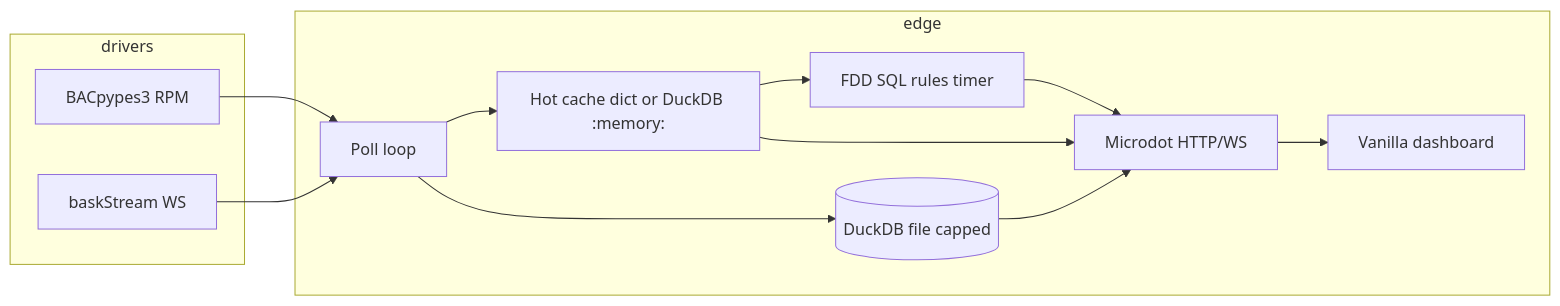
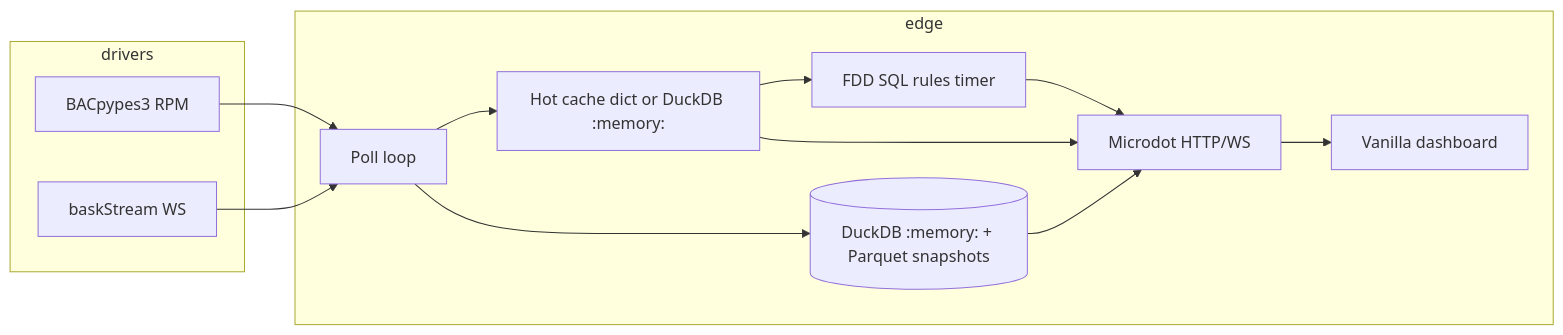
Before and after one commit to bbartling/bask-223p: the diagram in examples/edge-microdot/README.md, drawn with Mermaid. The commit also changed other lines of this file and 13 other files, not shown here.

First line of the commit message:
Switch edge-microdot DuckDB to in-memory with Parquet snapshots and /sql DuckDB-WASM.

````diff
--- a/examples/edge-microdot/README.md
+++ b/examples/edge-microdot/README.md
@@ -18,24 +18,24 @@
 ```mermaid
 flowchart LR
   subgraph drivers
     BACnet[BACpypes3 RPM]
     Niagara[baskStream WS]
   end
   subgraph edge
     Poll[Poll loop]
     Hot[Hot cache dict or DuckDB :memory:]
-    Hist[(DuckDB file capped)]
+    Hist[(DuckDB :memory: + Parquet snapshots)]
     FDD[FDD SQL rules timer]
     API[Microdot HTTP/WS]
     UI[Vanilla dashboard]
   end
   BACnet --> Poll
   Niagara --> Poll
   Poll --> Hot
   Poll --> Hist
   Hot --> FDD
   Hot --> API
   Hist --> API
   FDD --> API
   API --> UI
 ```
````
